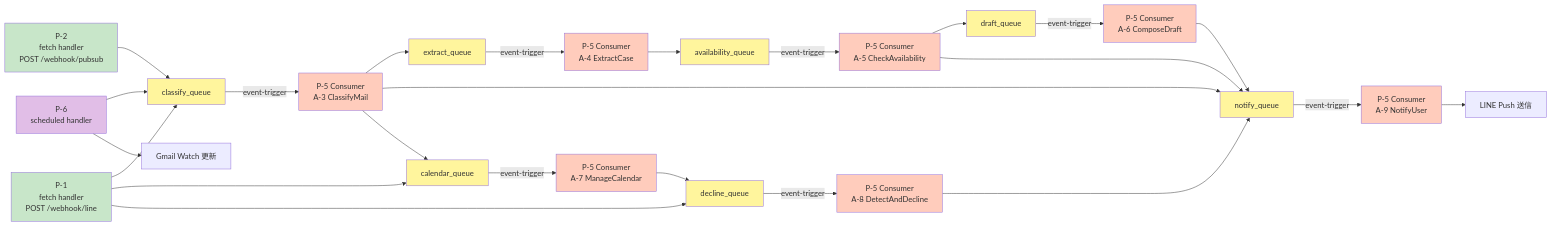
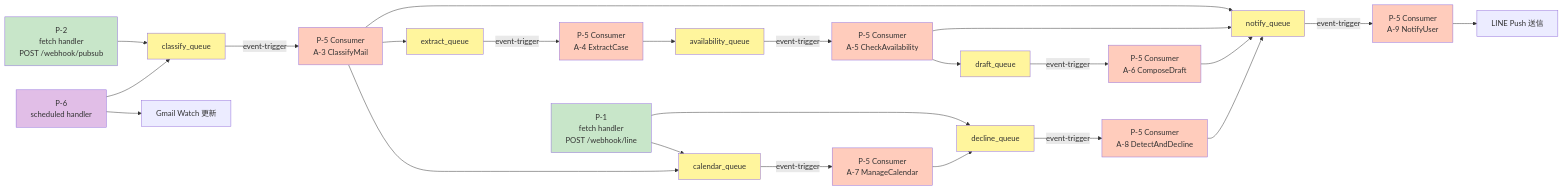
The third of 4 diagrams in aidlc-docs/inception/application-design/application-design.md (Nudel-LLC/auto-mc-operation), drawn with Mermaid before and after one commit. The commit also changed other lines of this file and 7 other files, not shown here.

````diff
--- a/aidlc-docs/inception/application-design/application-design.md
+++ b/aidlc-docs/inception/application-design/application-design.md
@@ -208,52 +208,51 @@
 ```mermaid
 flowchart LR
     P2[P-2<br/>fetch handler<br/>POST /webhook/pubsub] --> Q1[classify_queue]
-    P1[P-1<br/>fetch handler<br/>POST /webhook/line] --> Q1
-    P1 --> Qcal[calendar_queue]
+    P1[P-1<br/>fetch handler<br/>POST /webhook/line] --> Qcal[calendar_queue]
     P1 --> Qdec[decline_queue]
 
     Q1 -- event-trigger --> P5a[P-5 Consumer<br/>A-3 ClassifyMail]
     P5a --> Q2[extract_queue]
     P5a --> Q5[notify_queue]
     P5a --> Qcal
 
     Q2 -- event-trigger --> P5b[P-5 Consumer<br/>A-4 ExtractCase]
     P5b --> Q3[availability_queue]
 
     Q3 -- event-trigger --> P5c[P-5 Consumer<br/>A-5 CheckAvailability]
     P5c --> Q4[draft_queue]
     P5c --> Q5
 
     Q4 -- event-trigger --> P5d[P-5 Consumer<br/>A-6 ComposeDraft]
     P5d --> Q5
 
     Q5 -- event-trigger --> P5e[P-5 Consumer<br/>A-9 NotifyUser]
     P5e --> External_LINE[LINE Push 送信]
 
     Qcal -- event-trigger --> P5f[P-5 Consumer<br/>A-7 ManageCalendar]
     P5f --> Qdec
 
     Qdec -- event-trigger --> P5g[P-5 Consumer<br/>A-8 DetectAndDecline]
     P5g --> Q5
 
     P6[P-6<br/>scheduled handler] --> Q1
     P6 --> External_Gmail[Gmail Watch 更新]
 
     style P1 fill:#C8E6C9
     style P2 fill:#C8E6C9
     style P5a fill:#FFCCBC
     style P5b fill:#FFCCBC
     style P5c fill:#FFCCBC
     style P5d fill:#FFCCBC
     style P5e fill:#FFCCBC
     style P5f fill:#FFCCBC
     style P5g fill:#FFCCBC
     style P6 fill:#E1BEE7
     style Q1 fill:#FFF59D
     style Q2 fill:#FFF59D
     style Q3 fill:#FFF59D
     style Q4 fill:#FFF59D
     style Q5 fill:#FFF59D
     style Qcal fill:#FFF59D
     style Qdec fill:#FFF59D
 ```
````
